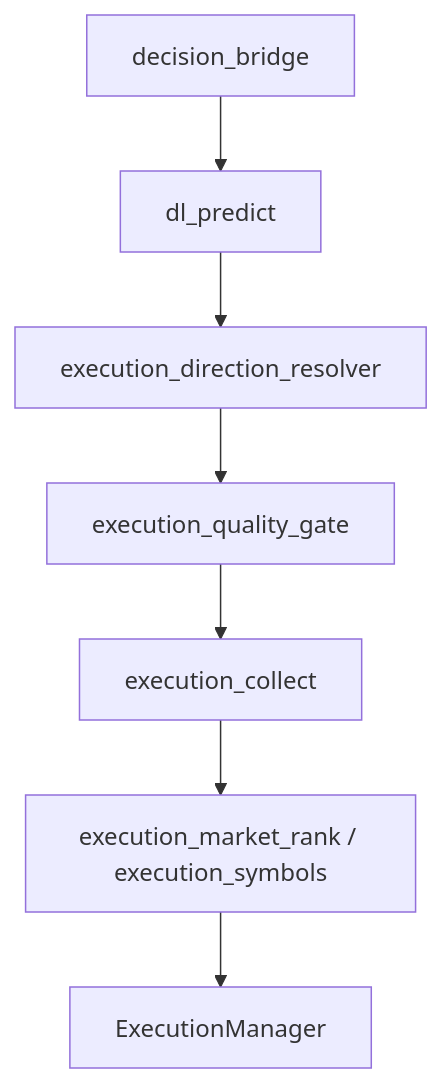
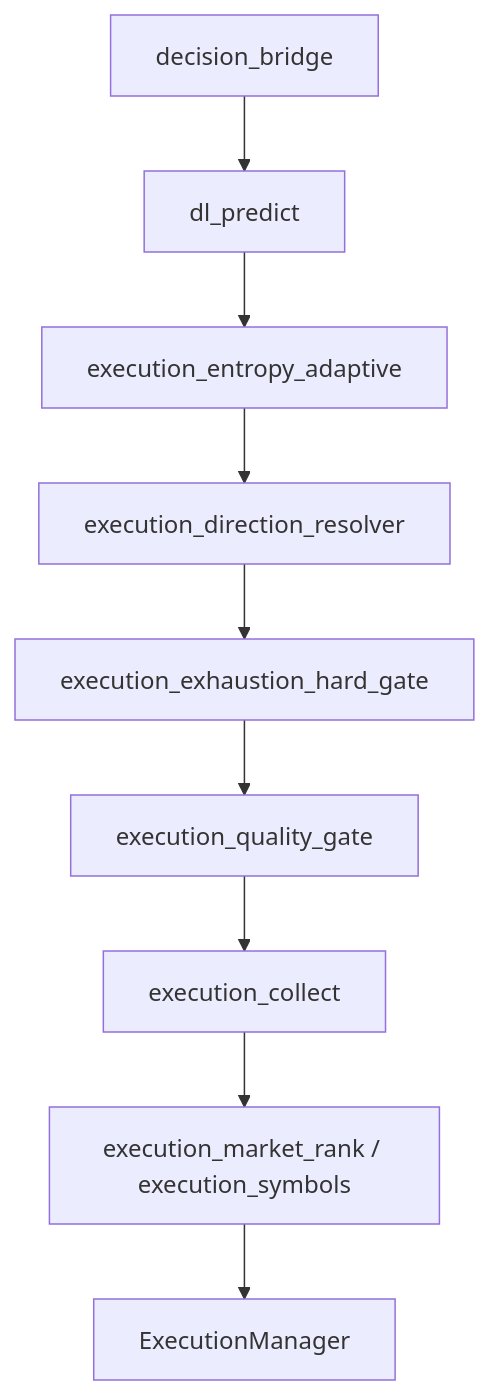
The diagram in docs/structure.md (victorh-silveira/aether-quantum-engine), drawn with Mermaid before and after one commit. The commit also changed other lines of this file and 53 other files, not shown here.

````diff
--- a/docs/structure.md
+++ b/docs/structure.md
@@ -53,9 +53,11 @@
 ```mermaid
 flowchart TD
   BR[decision_bridge] --> PRED[dl_predict]
-  PRED --> RES[execution_direction_resolver]
-  RES --> QG[execution_quality_gate]
+  PRED --> ENT[execution_entropy_adaptive]
+  ENT --> RES[execution_direction_resolver]
+  RES --> HG[execution_exhaustion_hard_gate]
+  HG --> QG[execution_quality_gate]
   QG --> COL[execution_collect]
   COL --> RANK[execution_market_rank / execution_symbols]
   RANK --> EM[ExecutionManager]
 ```
````
